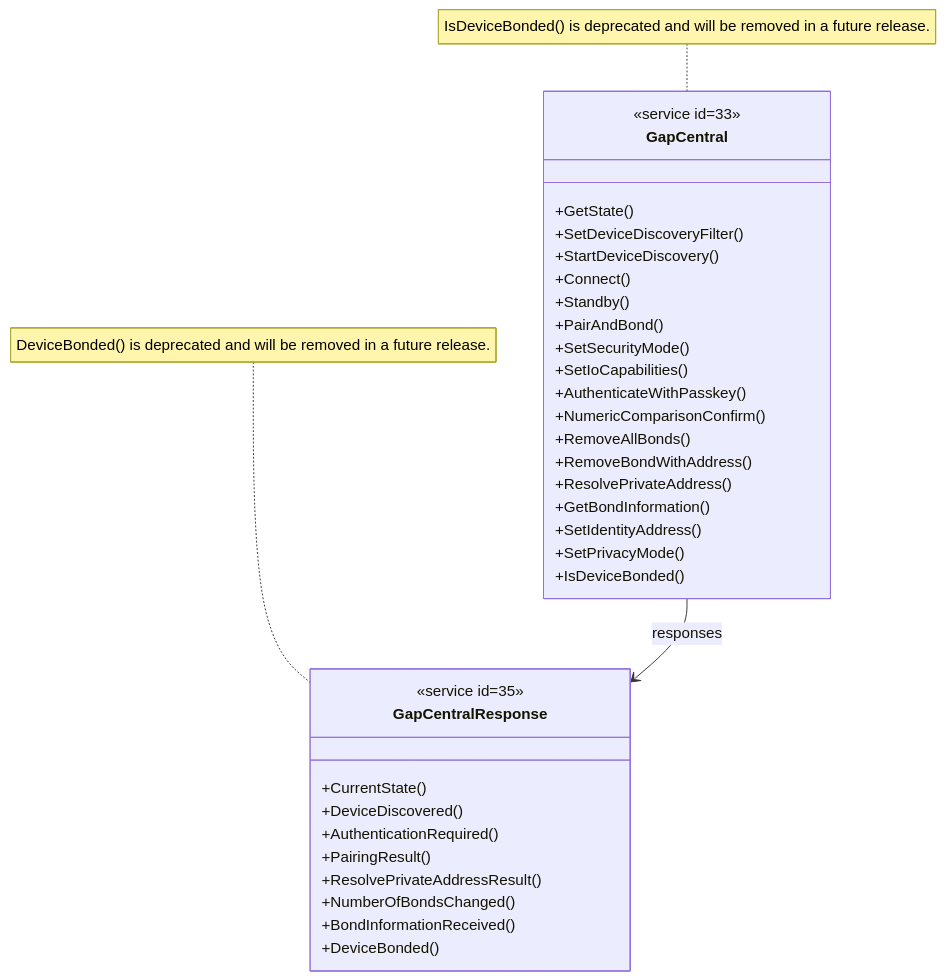
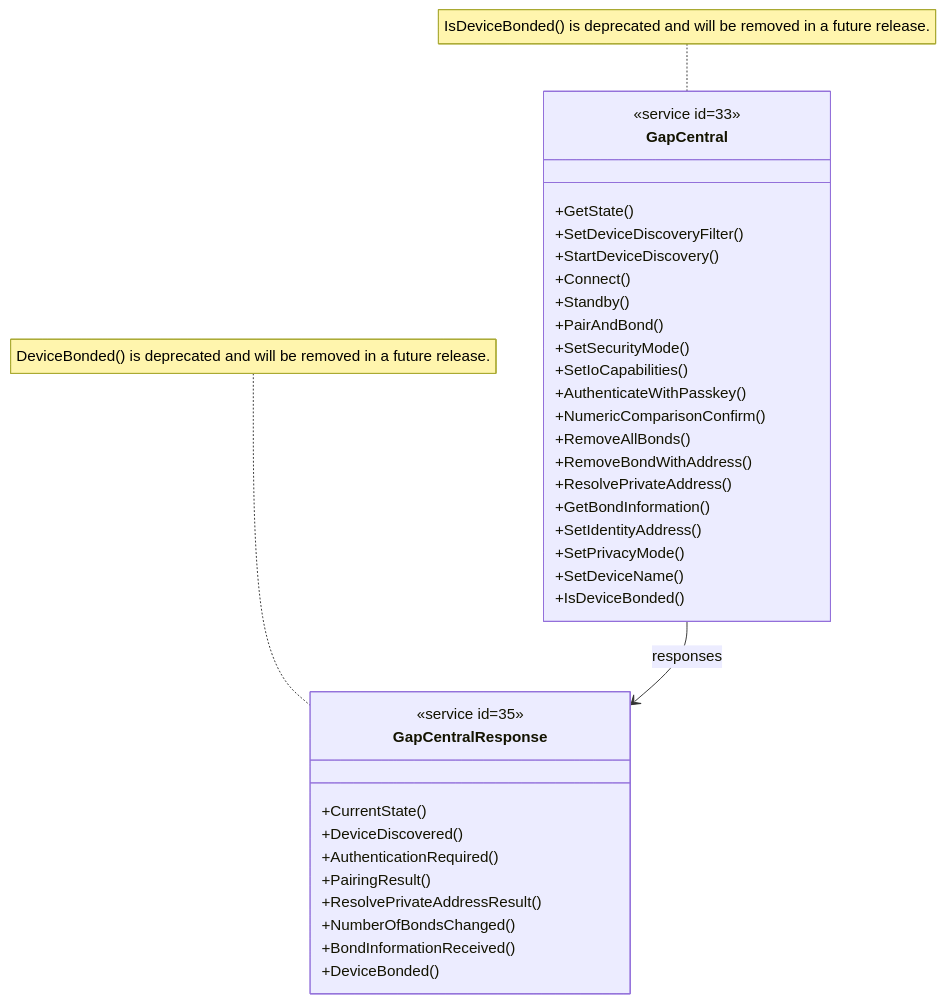
Before and after one commit to philips-software/amp-embedded-infra-lib: the diagram in documents/modules/ROOT/partials/echoservices/gap_central/GapCentral_class.mmd, drawn with Mermaid. The commit also changed 15 other files, not shown here.

First line of the commit message:
feat: add SetDeviceName to Gap (#1369)

```diff
--- a/documents/modules/ROOT/partials/echoservices/gap_central/GapCentral_class.mmd
+++ b/documents/modules/ROOT/partials/echoservices/gap_central/GapCentral_class.mmd
@@ -1,35 +1,36 @@
 classDiagram
     class GapCentral {
         <<service id=33>>
         +GetState()
         +SetDeviceDiscoveryFilter()
         +StartDeviceDiscovery()
         +Connect()
         +Standby()
         +PairAndBond()
         +SetSecurityMode()
         +SetIoCapabilities()
         +AuthenticateWithPasskey()
         +NumericComparisonConfirm()
         +RemoveAllBonds()
         +RemoveBondWithAddress()
         +ResolvePrivateAddress()
         +GetBondInformation()
         +SetIdentityAddress()
         +SetPrivacyMode()
+        +SetDeviceName()
         +IsDeviceBonded()
     }
     class GapCentralResponse {
         <<service id=35>>
         +CurrentState()
         +DeviceDiscovered()
         +AuthenticationRequired()
         +PairingResult()
         +ResolvePrivateAddressResult()
         +NumberOfBondsChanged()
         +BondInformationReceived()
         +DeviceBonded()
     }
     GapCentral --> GapCentralResponse : responses
     note for GapCentral "IsDeviceBonded() is deprecated and will be removed in a future release."
     note for GapCentralResponse "DeviceBonded() is deprecated and will be removed in a future release."
```
